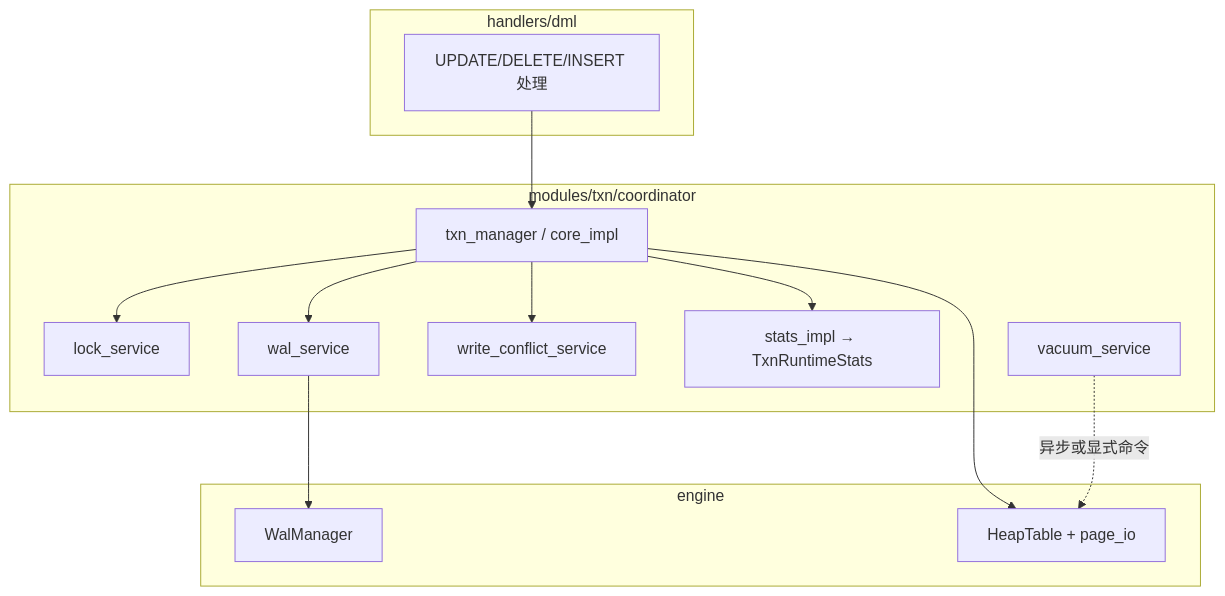
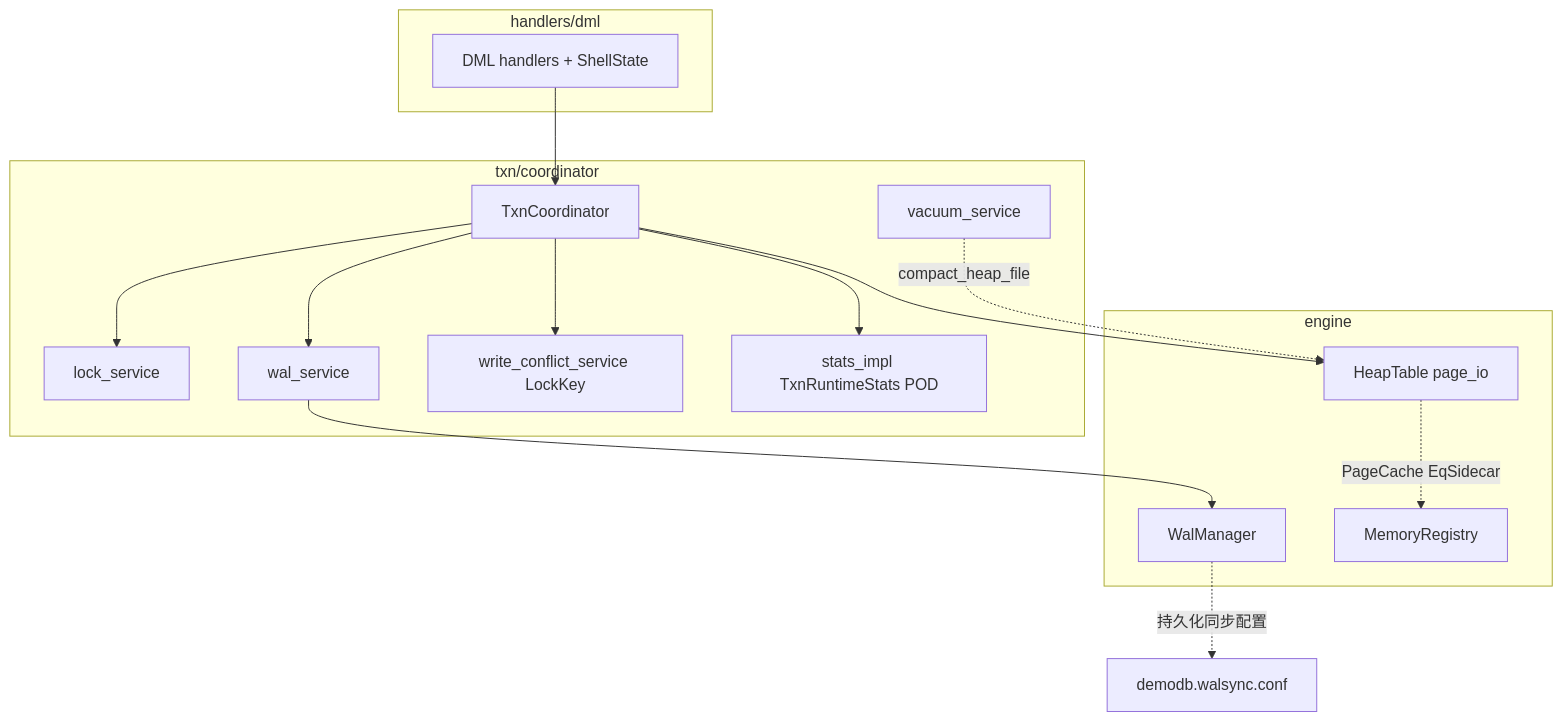
Diagram 14 of 17 in newdb/docs/architecture/PROJECT_DATAFLOW_WHOLE.md (skyline019/database), drawn with Mermaid before and after one commit. The commit also changed other lines of this file, not shown here.

````diff
--- a/newdb/docs/architecture/PROJECT_DATAFLOW_WHOLE.md
+++ b/newdb/docs/architecture/PROJECT_DATAFLOW_WHOLE.md
@@ -484,27 +677,30 @@
 ```mermaid
 flowchart TB
   subgraph handlers["handlers/dml"]
-    DML["UPDATE/DELETE/INSERT 处理"]
+    DML["DML handlers + ShellState"]
   end
-  subgraph txn["modules/txn/coordinator"]
-    TM["txn_manager / core_impl"]
+  subgraph txn["txn/coordinator"]
+    TM["TxnCoordinator"]
     LS["lock_service"]
     WS["wal_service"]
-    WCF["write_conflict_service"]
-    ST["stats_impl → TxnRuntimeStats"]
+    WCF["write_conflict_service LockKey"]
+    ST["stats_impl TxnRuntimeStats POD"]
     VS["vacuum_service"]
   end
   subgraph engine["engine"]
     WM["WalManager"]
-    HT["HeapTable + page_io"]
+    HT["HeapTable page_io"]
+    MR["MemoryRegistry"]
   end
 
   DML --> TM
   TM --> LS
   TM --> WCF
   TM --> WS
   WS --> WM
   TM --> HT
   TM --> ST
-  VS -.异步或显式命令.-> HT
+  WM -.持久化同步配置.-> SYNC[demodb.walsync.conf]
+  HT -.PageCache EqSidecar.-> MR
+  VS -.compact_heap_file.-> HT
 ```
````
